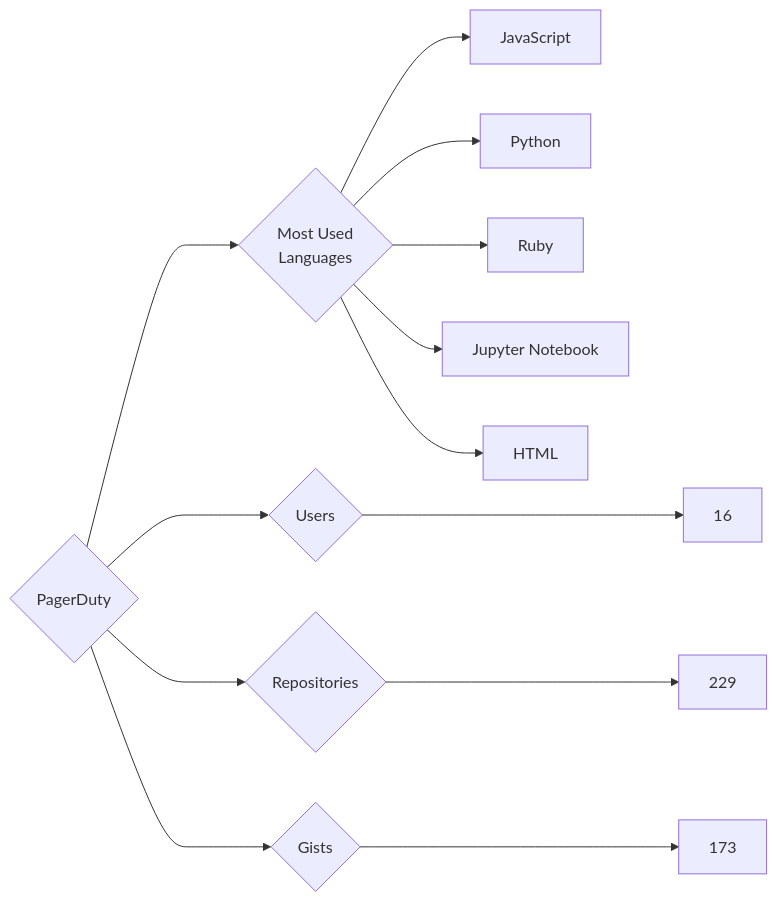
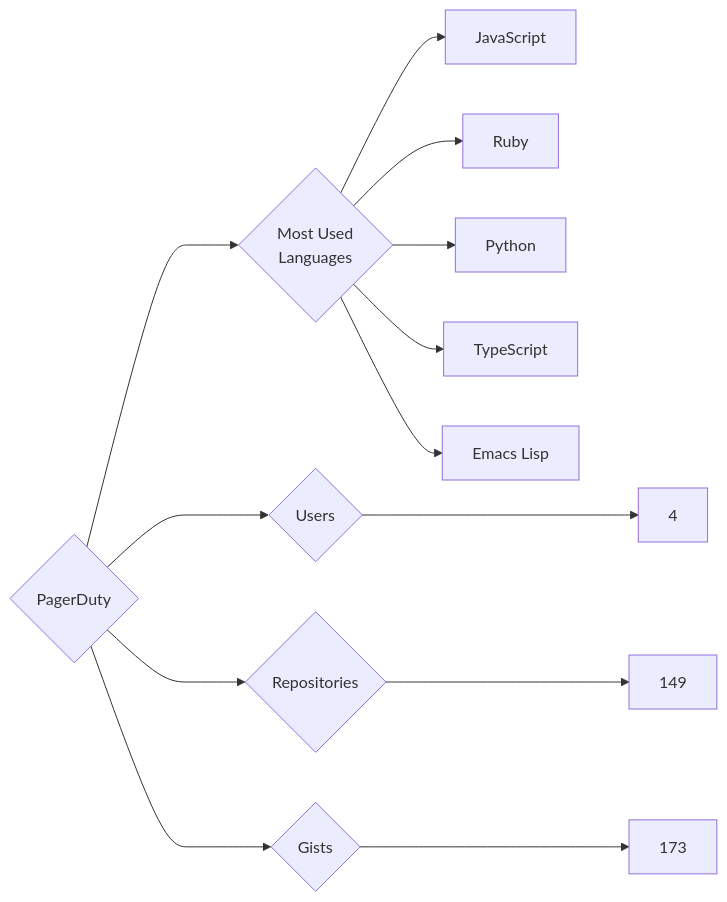
Before and after one commit to trickest/insiders: the diagram in targets/PagerDuty/README.md, drawn with Mermaid. The commit also changed 823 other files, not shown here.

````diff
--- a/targets/PagerDuty/README.md
+++ b/targets/PagerDuty/README.md
@@ -3,13 +3,13 @@
 ```mermaid
 graph LR
 COMPANY_NAME{PagerDuty}
-COMPANY_NAME ---> U{Users} ---> UN[16]
-COMPANY_NAME ---> R{Repositories} ---> RN[229]
+COMPANY_NAME ---> U{Users} ---> UN[4]
+COMPANY_NAME ---> R{Repositories} ---> RN[149]
 COMPANY_NAME ---> G{Gists} ---> GN[173]
 COMPANY_NAME ---> ML{Most Used<br>Languages}
 ML --> JavaScript[JavaScript]
+ML --> Ruby[Ruby]
 ML --> Python[Python]
-ML --> Ruby[Ruby]
-ML --> Jupyter_Notebook[Jupyter Notebook]
-ML --> HTML[HTML]
+ML --> TypeScript[TypeScript]
+ML --> Emacs_Lisp[Emacs Lisp]
 ```
````
